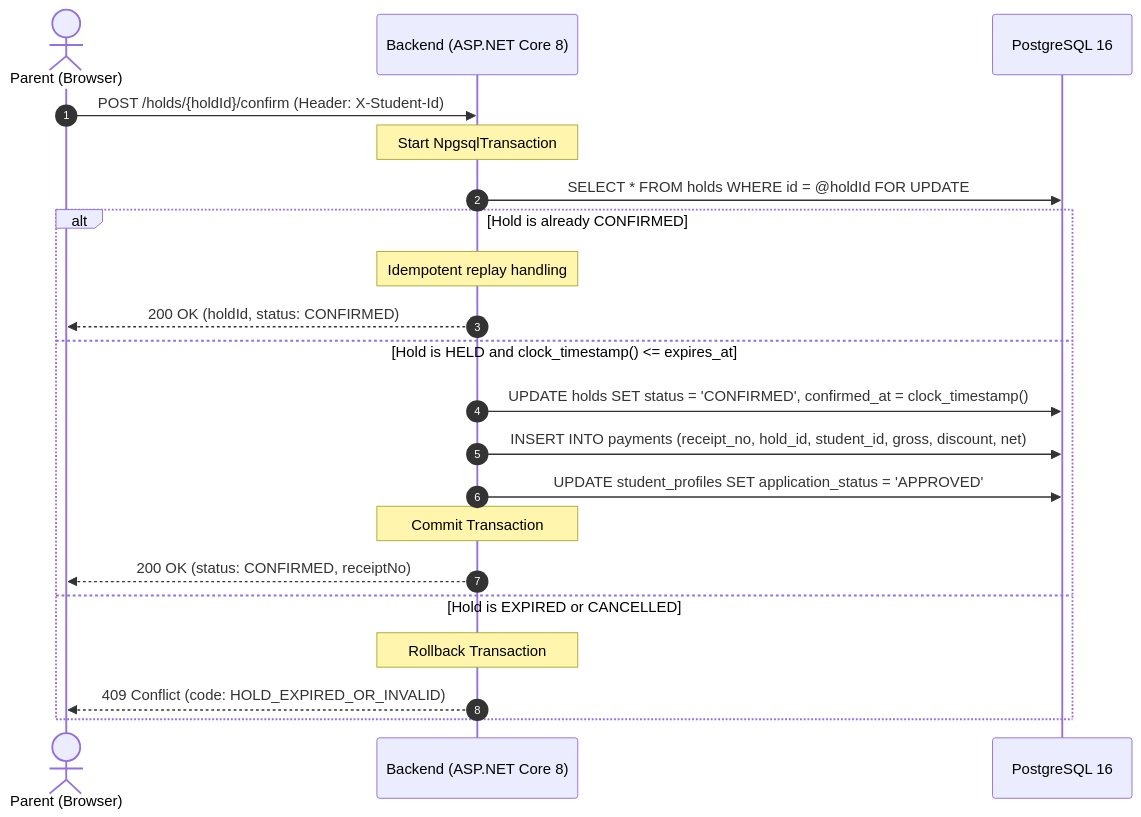
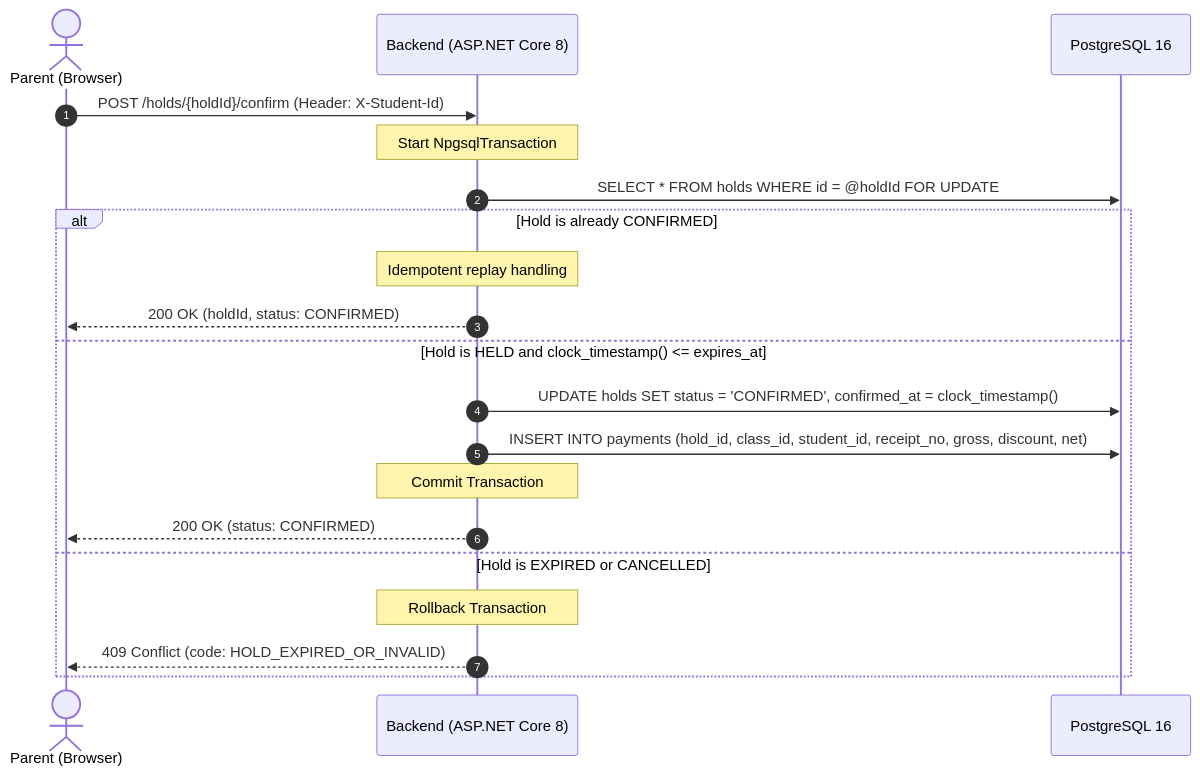
One commit to HeatsinkDip/school-admission-system changed the sixth of 9 diagrams in ASSUMPTIONS.md. Above: the diagram before and after it, drawn with Mermaid. The commit also changed other lines of this file and 59 other files, not shown here.

Commit message:
docs: finalize README and ASSUMPTIONS architecture specs, untrack local tooling, and clean comments

````diff
--- a/ASSUMPTIONS.md
+++ b/ASSUMPTIONS.md
@@ -293,24 +302,23 @@
 ```mermaid
 sequenceDiagram
     autonumber
     actor Parent as Parent (Browser)
     participant API as Backend (ASP.NET Core 8)
     participant DB as PostgreSQL 16
     
     Parent->>API: POST /holds/{holdId}/confirm (Header: X-Student-Id)
     Note over API: Start NpgsqlTransaction
     API->>DB: SELECT * FROM holds WHERE id = @holdId FOR UPDATE
     alt Hold is already CONFIRMED
         Note over API: Idempotent replay handling
         API-->>Parent: 200 OK (holdId, status: CONFIRMED)
     else Hold is HELD and clock_timestamp() <= expires_at
         API->>DB: UPDATE holds SET status = 'CONFIRMED', confirmed_at = clock_timestamp()
-        API->>DB: INSERT INTO payments (receipt_no, hold_id, student_id, gross, discount, net)
-        API->>DB: UPDATE student_profiles SET application_status = 'APPROVED'
+        API->>DB: INSERT INTO payments (hold_id, class_id, student_id, receipt_no, gross, discount, net)
         Note over API: Commit Transaction
-        API-->>Parent: 200 OK (status: CONFIRMED, receiptNo)
+        API-->>Parent: 200 OK (status: CONFIRMED)
     else Hold is EXPIRED or CANCELLED
         Note over API: Rollback Transaction
         API-->>Parent: 409 Conflict (code: HOLD_EXPIRED_OR_INVALID)
     end
 ```
````
